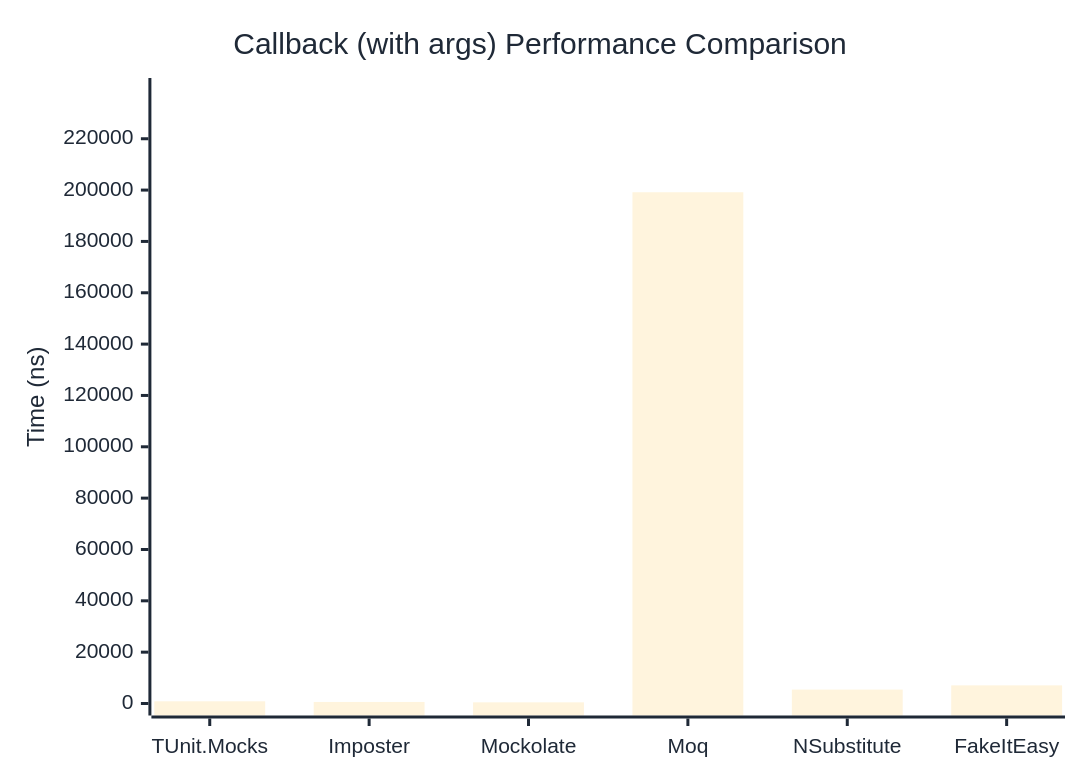
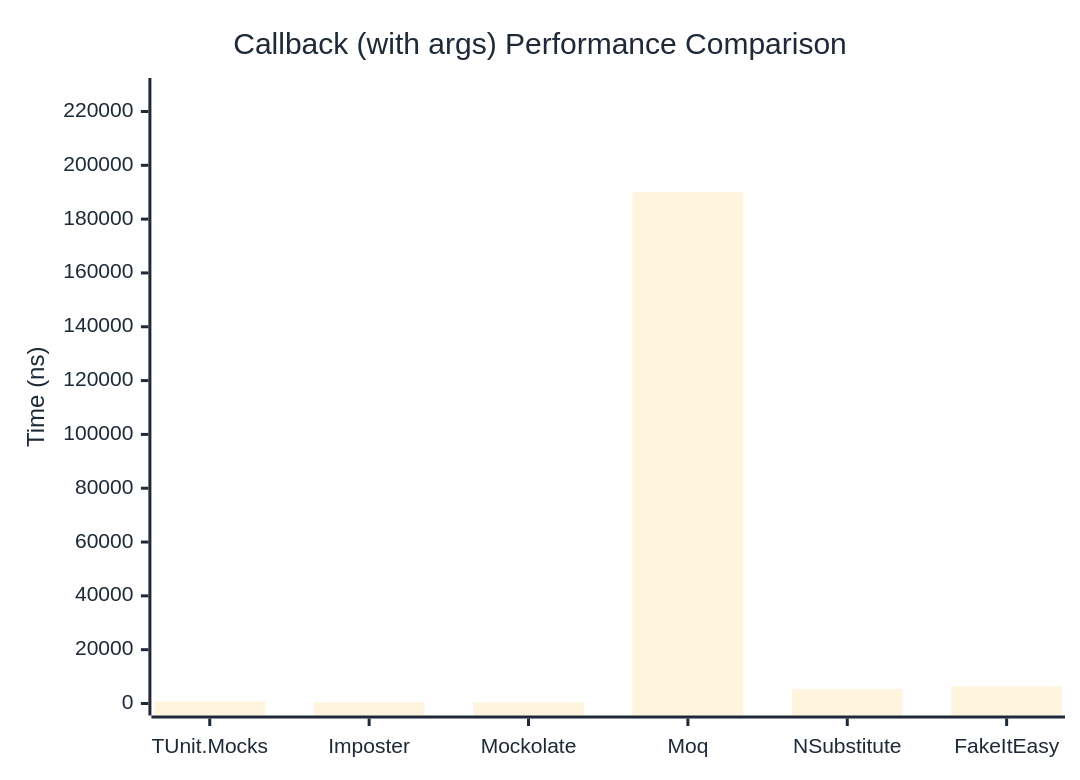
One commit to thomhurst/TUnit changed the second of 2 diagrams in docs/docs/benchmarks/mocks/Callback.md. Above: the diagram before and after it, drawn with Mermaid. The commit also changed other lines of this file and 14 other files, not shown here.

````diff
--- a/docs/docs/benchmarks/mocks/Callback.md
+++ b/docs/docs/benchmarks/mocks/Callback.md
@@ -71,27 +71,27 @@
 ```mermaid
 %%{init: {
   'theme':'base',
   'themeVariables': {
     'primaryColor': '#2563eb',
     'primaryTextColor': '#1f2937',
     'primaryBorderColor': '#1e40af',
     'lineColor': '#6b7280',
     'secondaryColor': '#7c3aed',
     'tertiaryColor': '#dc2626',
     'background': '#ffffff',
     'pie1': '#2563eb',
     'pie2': '#7c3aed',
     'pie3': '#dc2626',
     'pie4': '#f59e0b',
     'pie5': '#10b981',
     'pie6': '#06b6d4',
     'pie7': '#ec4899',
     'pie8': '#6366f1'
   }
 }}%%
 xychart-beta
   title "Callback (with args) Performance Comparison"
   x-axis ["TUnit.Mocks", "Imposter", "Mockolate", "Moq", "NSubstitute", "FakeItEasy"]
-  y-axis "Time (ns)" 0 --> 238989
-  bar [854.5, 602.2, 451.1, 199156.7, 5418.7, 7060.1]
+  y-axis "Time (ns)" 0 --> 227981
+  bar [770.1, 517, 389, 189983.8, 5334.5, 6365.2]
 ```
````
